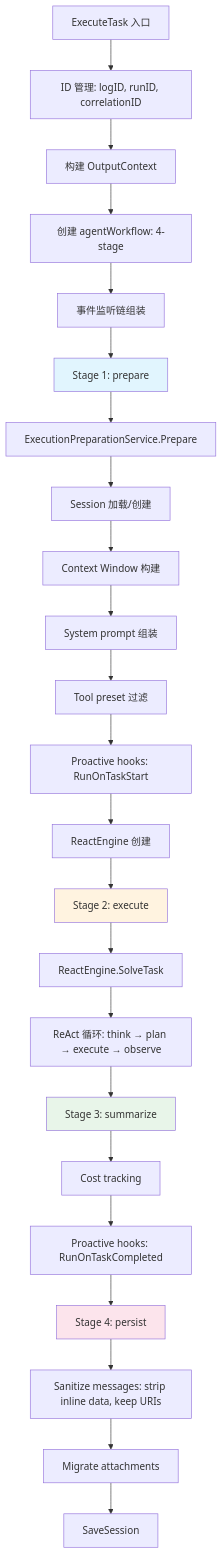
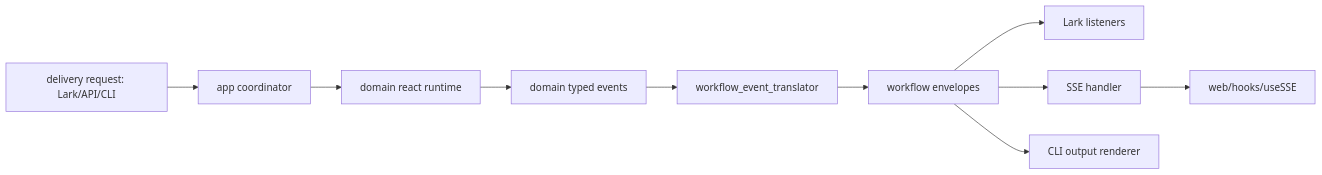
One commit to cklxx/elephant.ai changed the diagram in docs/reference/lark-web-agent-event-flow.md. Above: the diagram before and after it, drawn with Mermaid. The commit also changed other lines of this file and 10 other files, not shown here.

Commit message:
docs(reference): refresh architecture and runtime source-of-truth

````diff
--- a/docs/reference/lark-web-agent-event-flow.md
+++ b/docs/reference/lark-web-agent-event-flow.md
@@ -384,34 +50,12 @@
 ```mermaid
-flowchart TD
-    A[ExecuteTask 入口] --> B[ID 管理: logID, runID, correlationID]
-    B --> C[构建 OutputContext]
-    C --> D[创建 agentWorkflow: 4-stage]
-    D --> E[事件监听链组装]
-
-    E --> F["Stage 1: prepare"]
-    F --> F1[ExecutionPreparationService.Prepare]
-    F1 --> F2[Session 加载/创建]
-    F2 --> F3[Context Window 构建]
-    F3 --> F4[System prompt 组装]
-    F4 --> F5[Tool preset 过滤]
-    F5 --> F6[Proactive hooks: RunOnTaskStart]
-    F6 --> F7[ReactEngine 创建]
-
-    F7 --> G["Stage 2: execute"]
-    G --> G1[ReactEngine.SolveTask]
-    G1 --> G2[ReAct 循环: think → plan → execute → observe]
-
-    G2 --> H["Stage 3: summarize"]
-    H --> H1[Cost tracking]
-    H1 --> H2[Proactive hooks: RunOnTaskCompleted]
-
-    H2 --> I["Stage 4: persist"]
-    I --> I1[Sanitize messages: strip inline data, keep URIs]
-    I1 --> I2[Migrate attachments]
-    I2 --> I3[SaveSession]
-
-    style F fill:#e1f5fe
-    style G fill:#fff3e0
-    style H fill:#e8f5e9
-    style I fill:#fce4ec
+flowchart LR
+    A[delivery request: Lark/API/CLI] --> B[app coordinator]
+    B --> C[domain react runtime]
+    C --> D[domain typed events]
+    D --> E[workflow_event_translator]
+    E --> F[workflow envelopes]
+    F --> G1[Lark listeners]
+    F --> G2[SSE handler]
+    F --> G3[CLI output renderer]
+    G2 --> H[web/hooks/useSSE]
 ```
````
